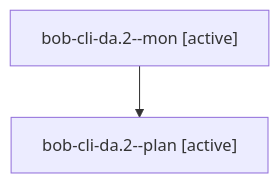
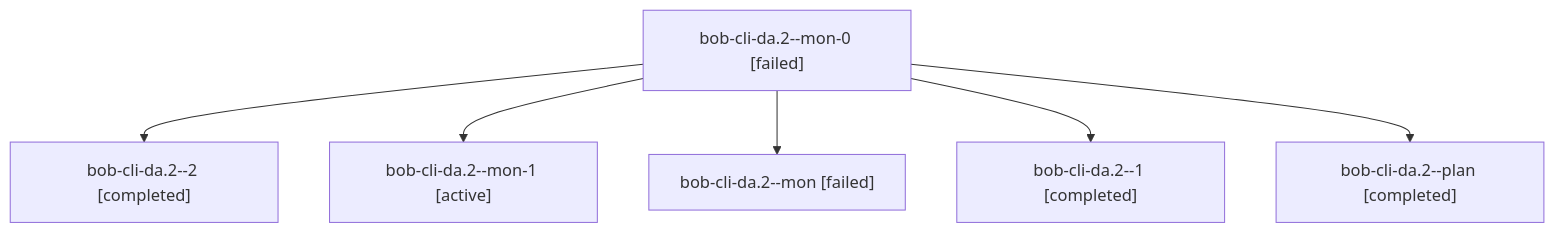
Before and after one commit to bobs-org/bob-cli--agents: the diagram in sessions/bbugyi200.athena.bob-cli-da.2.md, drawn with Mermaid. The commit also changed other lines of this file and 102 other files, not shown here.

````diff
--- a/sessions/bbugyi200.athena.bob-cli-da.2.md
+++ b/sessions/bbugyi200.athena.bob-cli-da.2.md
@@ -9,6 +9,14 @@
 ```mermaid
 flowchart TD
-  n0["bob-cli-da.2--mon [active]"]
-  n1["bob-cli-da.2--plan [active]"]
+  n0["bob-cli-da.2--mon-0 [failed]"]
+  n1["bob-cli-da.2--2 [completed]"]
   n0 --> n1
+  n2["bob-cli-da.2--mon-1 [active]"]
+  n0 --> n2
+  n3["bob-cli-da.2--mon [failed]"]
+  n0 --> n3
+  n4["bob-cli-da.2--1 [completed]"]
+  n0 --> n4
+  n5["bob-cli-da.2--plan [completed]"]
+  n0 --> n5
 ```
````
